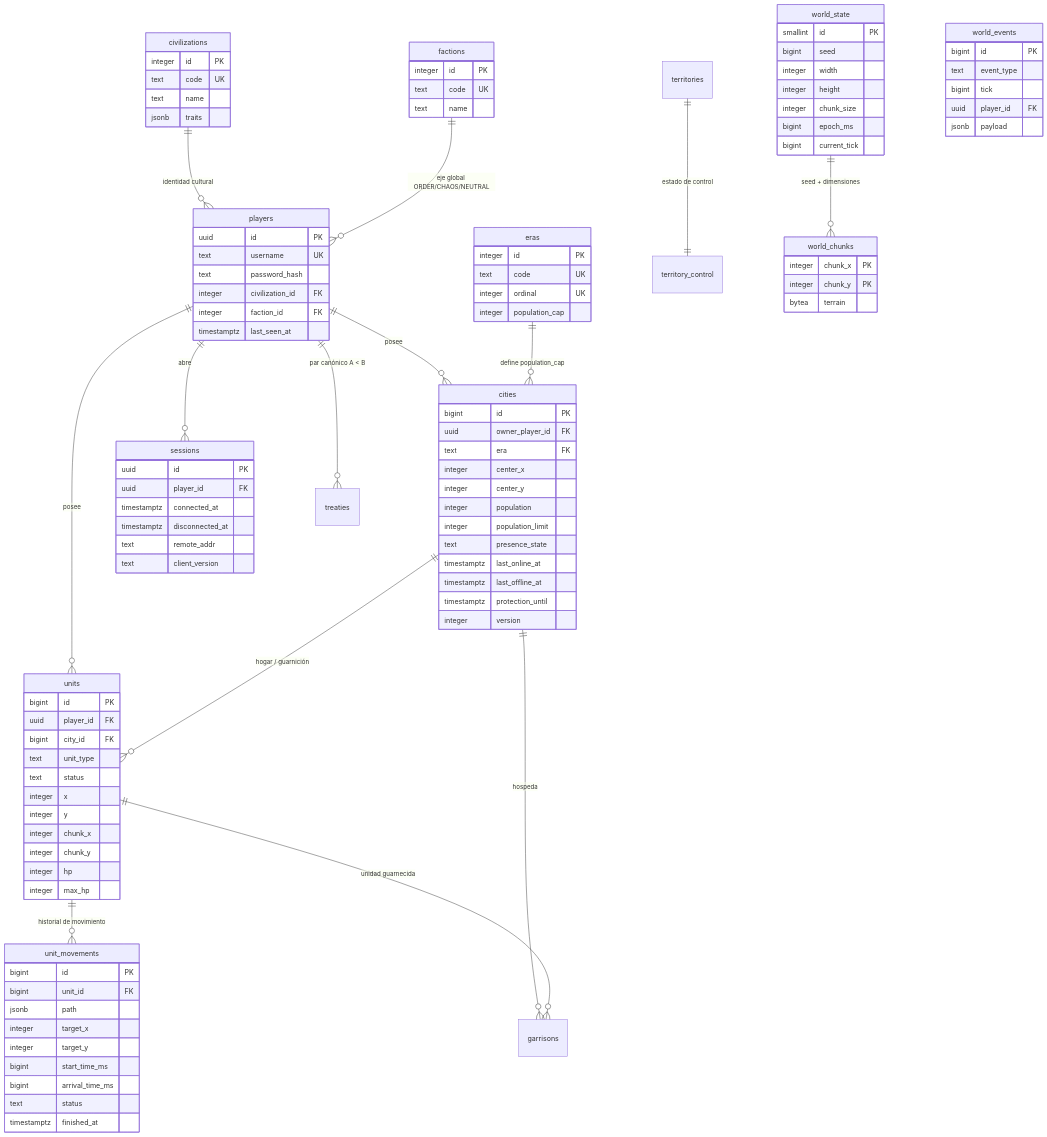
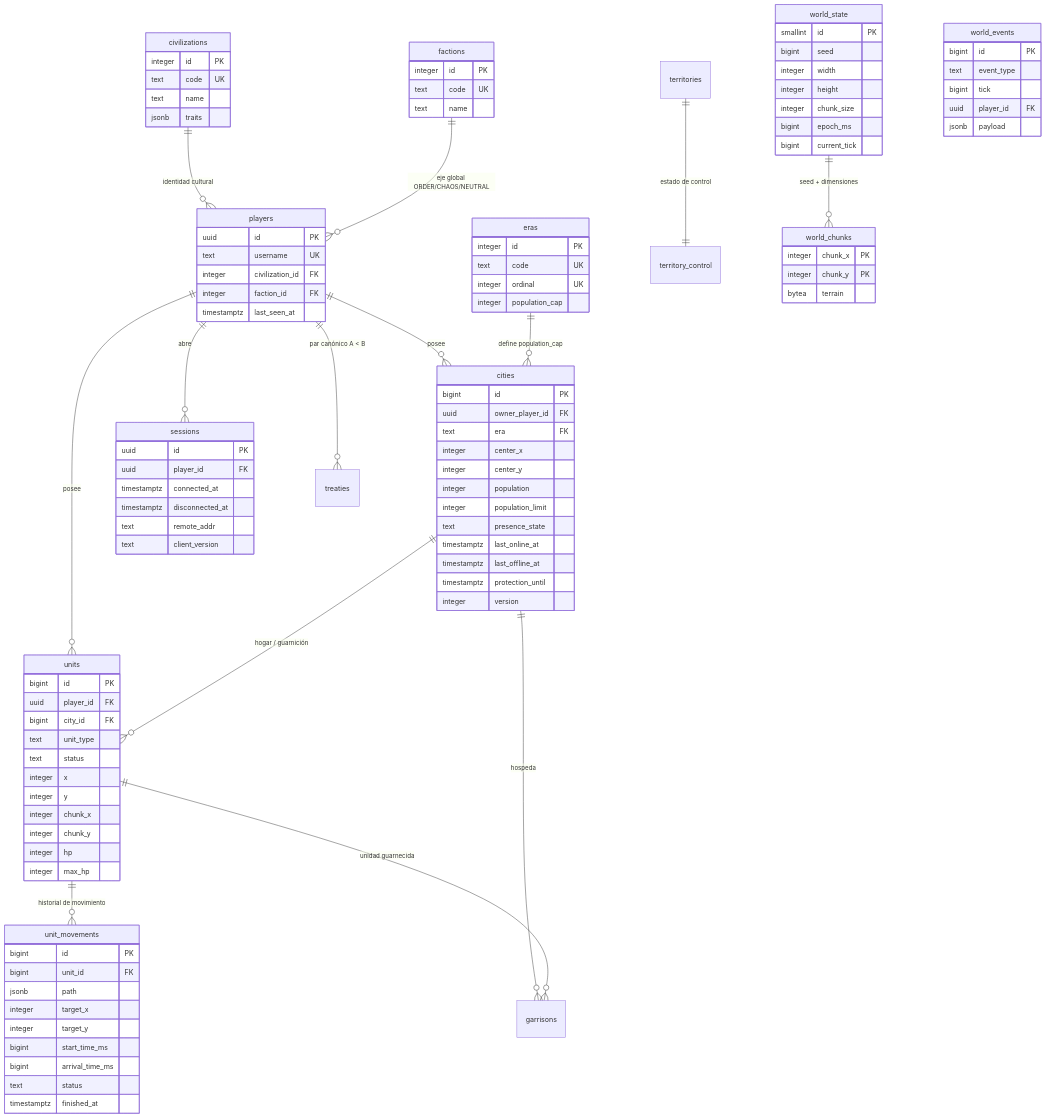
Before and after one commit to sonetlumiere-code/empires-online: the diagram in docs/database/schema.md, drawn with Mermaid. The commit also changed other lines of this file and 104 other files, not shown here.

```diff
--- a/docs/database/schema.md
+++ b/docs/database/schema.md
@@ -64,7 +64,6 @@
     players {
         uuid id PK
         text username UK
-        text password_hash
         integer civilization_id FK
         integer faction_id FK
         timestamptz last_seen_at
```
